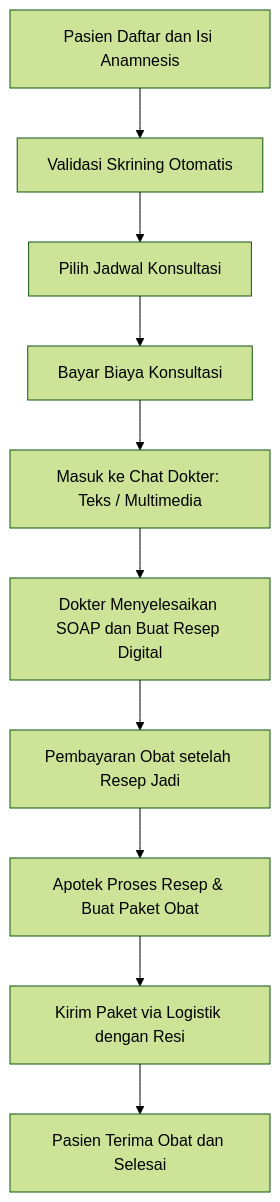
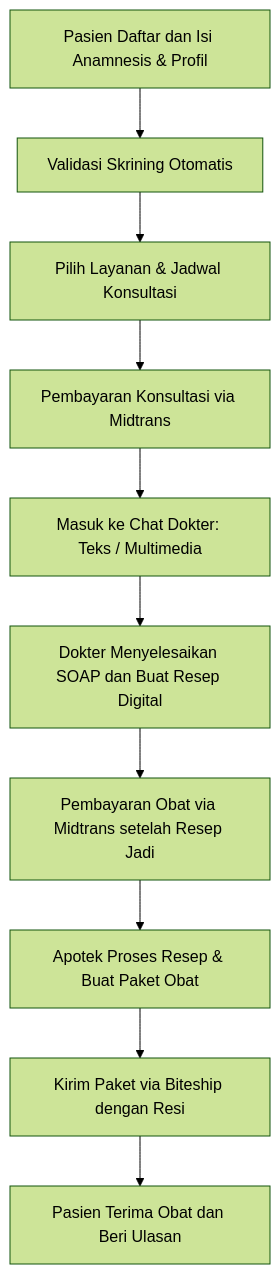
Before and after one commit to FathurRozzaq/perancangan-sistem-toko-online-obat: the diagram in prd-website-toko-obat-online/07-model-telemedicine.md, drawn with Mermaid (forest theme). The commit also changed other lines of this file, not shown here.

Commit message:
Enhance telemedicine model documentation: clarify service catalog, user profile management, and payment logistics; integrate Midtrans and Biteship details.

````diff
--- a/prd-website-toko-obat-online/07-model-telemedicine.md
+++ b/prd-website-toko-obat-online/07-model-telemedicine.md
@@ -36,12 +45,12 @@
 ```mermaid
 flowchart TD
-A[Pasien Daftar dan Isi Anamnesis] --> B[Validasi Skrining Otomatis]
-B --> C[Pilih Jadwal Konsultasi]
-C --> D[Bayar Biaya Konsultasi]
+A[Pasien Daftar dan Isi Anamnesis & Profil] --> B[Validasi Skrining Otomatis]
+B --> C[Pilih Layanan & Jadwal Konsultasi]
+C --> D[Pembayaran Konsultasi via Midtrans]
 D --> E[Masuk ke Chat Dokter: Teks / Multimedia]
 E --> F[Dokter Menyelesaikan SOAP dan Buat Resep Digital]
-F --> G[Pembayaran Obat setelah Resep Jadi]
+F --> G[Pembayaran Obat via Midtrans setelah Resep Jadi]
 G --> H[Apotek Proses Resep & Buat Paket Obat]
-H --> I[Kirim Paket via Logistik dengan Resi]
-I --> J[Pasien Terima Obat dan Selesai]
+H --> I[Kirim Paket via Biteship dengan Resi]
+I --> J[Pasien Terima Obat dan Beri Ulasan]
 ```
````
